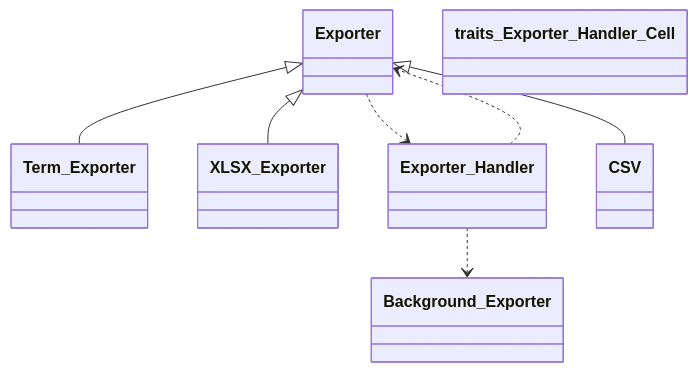
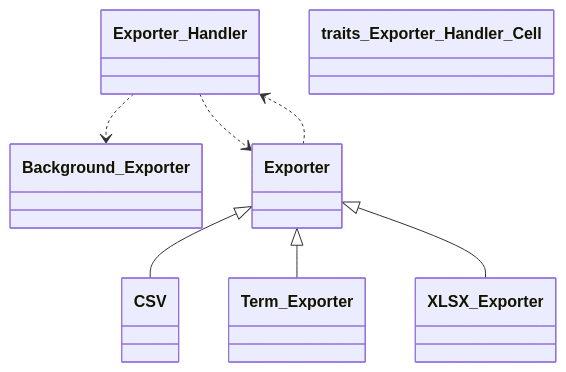
Before and after one commit to tainacan/tainacan: the fifth of 13 diagrams in docs/phpdoc/Home.md, drawn with Mermaid. The commit also changed other lines of this file and 97 other files, not shown here.

````diff
--- a/docs/phpdoc/Home.md
+++ b/docs/phpdoc/Home.md
@@ -419,17 +419,17 @@
 ```mermaid
 classDiagram
     direction TB
     class Term_Exporter { }
+    class Background_Exporter { }
     class XLSX_Exporter { }
+    class Exporter_Handler { }
     class Exporter { }
-    class Exporter_Handler { }
     class CSV { }
-    class Background_Exporter { }
     class traits_Exporter_Handler_Cell { }
     Exporter ..> Exporter_Handler
     Exporter <|-- CSV
     Exporter <|-- Term_Exporter
     Exporter <|-- XLSX_Exporter
     Exporter_Handler ..> Background_Exporter
     Exporter_Handler ..> Exporter
 ```
````
